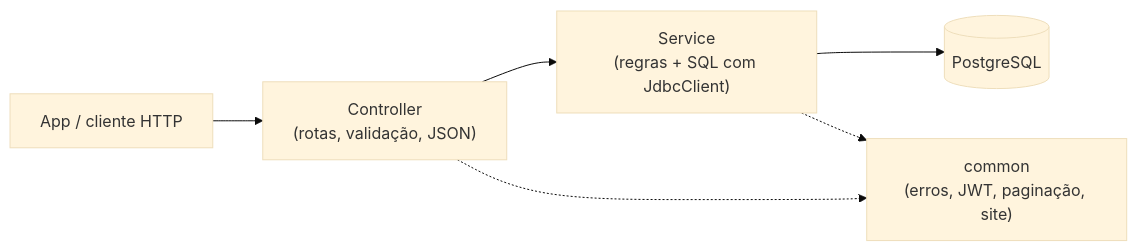
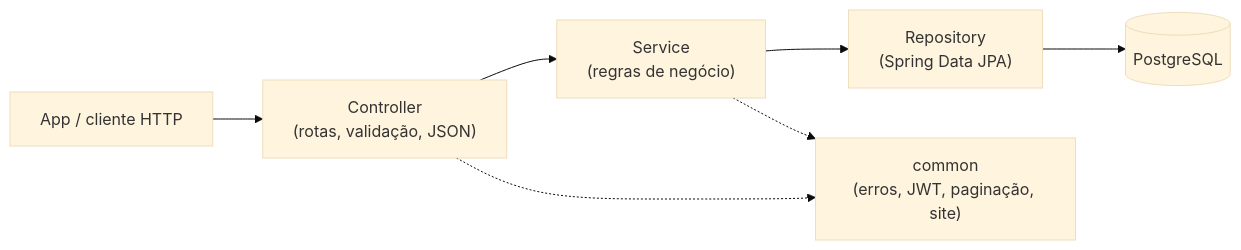
Before and after one commit to MarcioFerreiraL/clinics-backend: the diagram in docs/06-arquitetura-e-classes.md, drawn with Mermaid (base theme). The commit also changed other lines of this file and 34 other files, not shown here.

First line of the commit message:
refactor: troca JDBC por Spring Data JPA com entidades e repositórios

````diff
--- a/docs/06-arquitetura-e-classes.md
+++ b/docs/06-arquitetura-e-classes.md
@@ -7,8 +7,9 @@
 ```mermaid
 flowchart LR
     APP["App / cliente HTTP"] --> C["Controller<br/>(rotas, validação, JSON)"]
-    C --> S["Service<br/>(regras + SQL com JdbcClient)"]
-    S --> DB[("PostgreSQL")]
+    C --> S["Service<br/>(regras de negócio)"]
+    S --> R["Repository<br/>(Spring Data JPA)"]
+    R --> DB[("PostgreSQL")]
     C -.-> COMMON["common<br/>(erros, JWT, paginação, site)"]
     S -.-> COMMON
 ```
````
